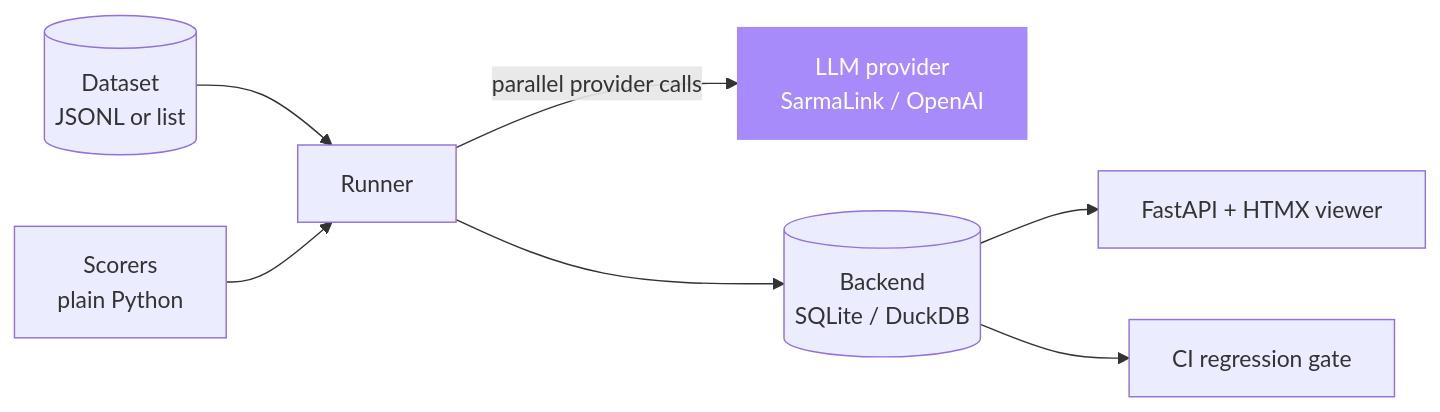
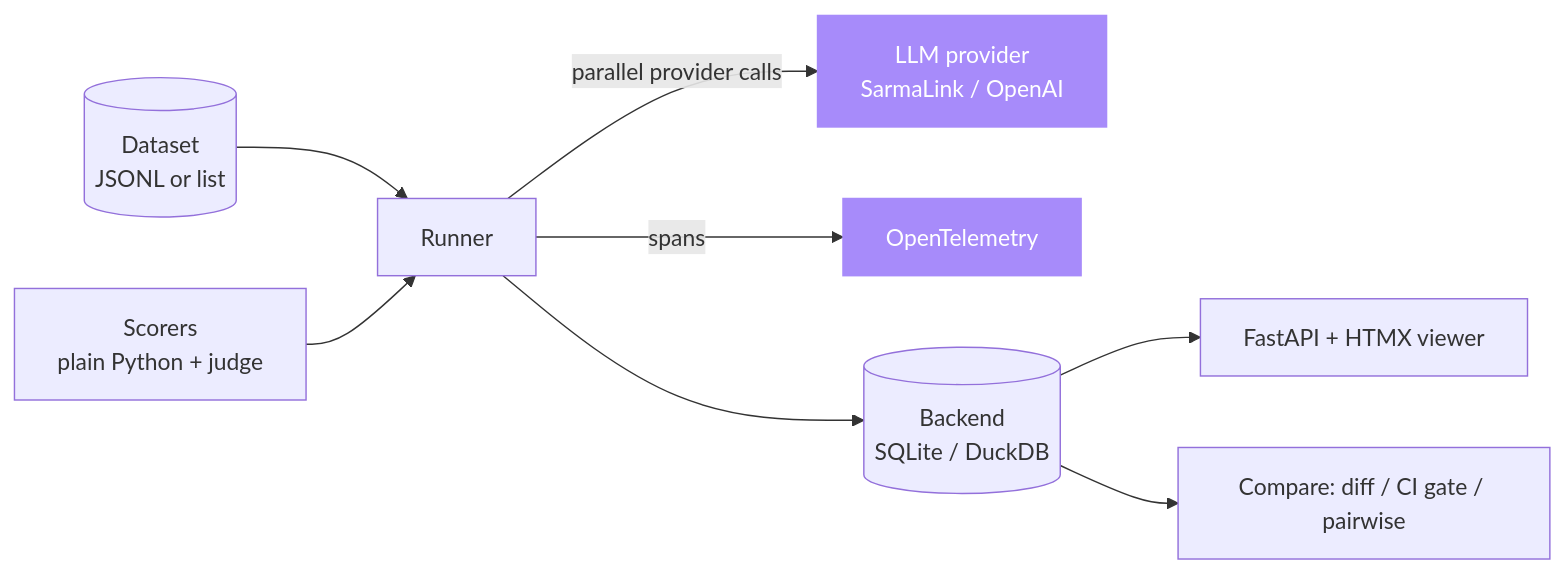
Before and after one commit to sarmakska/ai-eval-runner: the diagram in README.md, drawn with Mermaid. The commit also changed other lines of this file and 3 other files, not shown here.

Commit message:
docs: rewrite README, add ARCHITECTURE, ROADMAP and CHANGELOG for the 1.1.0 feature set

````diff
--- a/README.md
+++ b/README.md
@@ -65,12 +83,13 @@
 ```mermaid
 graph LR
   D[(Dataset<br/>JSONL or list)] --> R[Runner]
-  S[Scorers<br/>plain Python] --> R
+  S[Scorers<br/>plain Python + judge] --> R
   R -->|parallel provider calls| L[LLM provider<br/>SarmaLink / OpenAI]
+  R -->|spans| OT[OpenTelemetry]
   R --> B[(Backend<br/>SQLite / DuckDB)]
   B --> V[FastAPI + HTMX viewer]
-  B --> CI[CI regression gate]
+  B --> CMP[Compare: diff / CI gate / pairwise]
 
   classDef ext fill:#a78bfa,stroke:#a78bfa,color:#fff
-  class L ext
+  class L,OT ext
 ```
````
